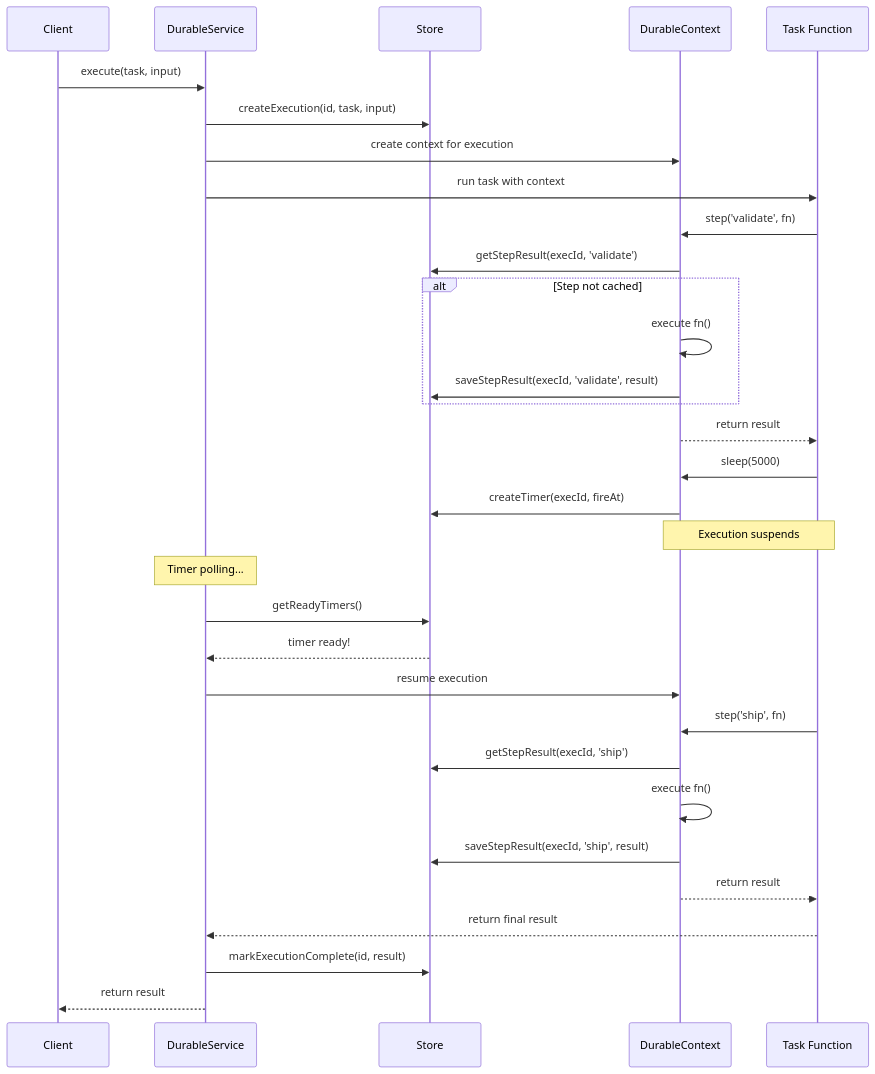
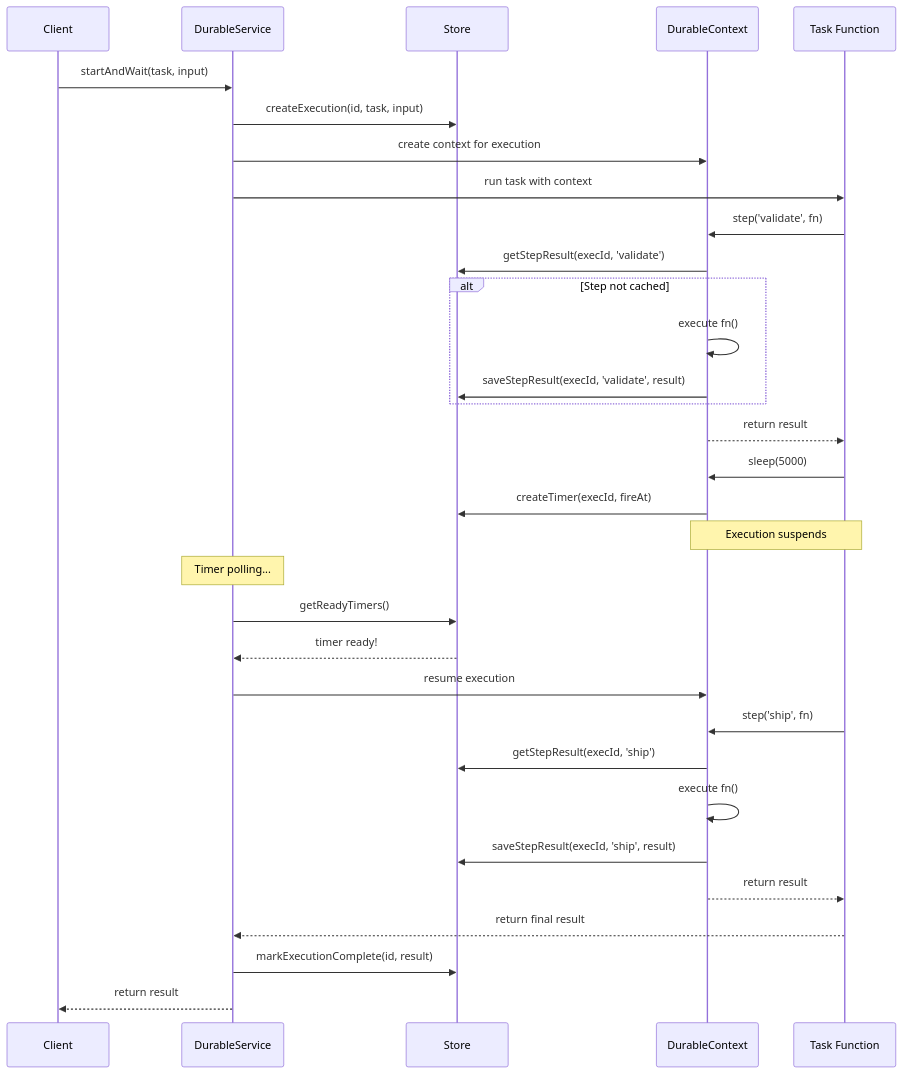
Before and after one commit to bluelibs/runner: the third of 6 diagrams in readmes/DURABLE_WORKFLOWS.md, drawn with Mermaid. The commit also changed other lines of this file and 37 other files, not shown here.

````diff
--- a/readmes/DURABLE_WORKFLOWS.md
+++ b/readmes/DURABLE_WORKFLOWS.md
@@ -825,40 +825,40 @@
 ```mermaid
 sequenceDiagram
     participant C as Client
     participant DS as DurableService
     participant S as Store
     participant DC as DurableContext
     participant T as Task Function
 
-    C->>DS: execute(task, input)
+    C->>DS: startAndWait(task, input)
     DS->>S: createExecution(id, task, input)
     DS->>DC: create context for execution
     DS->>T: run task with context
 
     T->>DC: step('validate', fn)
     DC->>S: getStepResult(execId, 'validate')
     alt Step not cached
         DC->>DC: execute fn()
         DC->>S: saveStepResult(execId, 'validate', result)
     end
     DC-->>T: return result
 
     T->>DC: sleep(5000)
     DC->>S: createTimer(execId, fireAt)
     Note over DC,T: Execution suspends
 
     Note over DS: Timer polling...
     DS->>S: getReadyTimers()
     S-->>DS: timer ready!
     DS->>DC: resume execution
 
     T->>DC: step('ship', fn)
     DC->>S: getStepResult(execId, 'ship')
     DC->>DC: execute fn()
     DC->>S: saveStepResult(execId, 'ship', result)
     DC-->>T: return result
 
     T-->>DS: return final result
     DS->>S: markExecutionComplete(id, result)
     DS-->>C: return result
 ```
````
